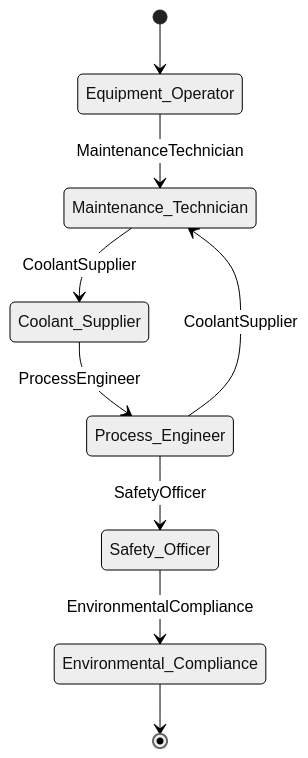
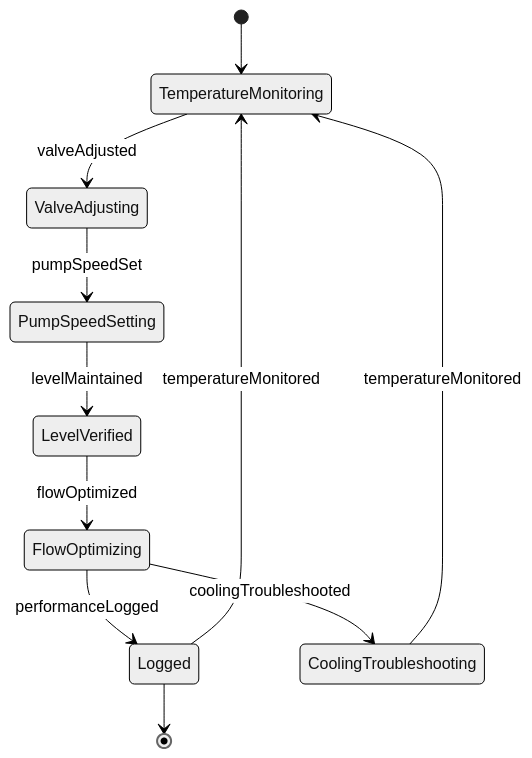
Before and after one commit to dot-org-ai/tasks.org.ai: the second of 4 diagrams in HandlingAndMovingObjects/AdjustEquipmentToEnsureAdequatePerformance/AdjustEquipmentControlsRegulateCoolant.mdx, drawn with Mermaid (neutral theme). The commit also changed other lines of this file and 40 other files, not shown here.

First line of the commit message:
fix: Replace Actor-based ER and State diagrams with Entity/Event-based diagrams in 41 HandlingAndMovingObjects DWA files

````diff
--- a/HandlingAndMovingObjects/AdjustEquipmentToEnsureAdequatePerformance/AdjustEquipmentControlsRegulateCoolant.mdx
+++ b/HandlingAndMovingObjects/AdjustEquipmentToEnsureAdequatePerformance/AdjustEquipmentControlsRegulateCoolant.mdx
@@ -103,11 +101,13 @@
 ```mermaid
 stateDiagram-v2
-    [*] --> Equipment_Operator
-    Equipment_Operator --> Maintenance_Technician: MaintenanceTechnician
-    Maintenance_Technician --> Coolant_Supplier: CoolantSupplier
-    Coolant_Supplier --> Process_Engineer: ProcessEngineer
-    Process_Engineer --> Safety_Officer: SafetyOfficer
-    Safety_Officer --> Environmental_Compliance: EnvironmentalCompliance
-    Process_Engineer --> Maintenance_Technician: CoolantSupplier
-    Environmental_Compliance --> [*]
+    [*] --> TemperatureMonitoring
+    TemperatureMonitoring --> ValveAdjusting : valveAdjusted
+    ValveAdjusting --> PumpSpeedSetting : pumpSpeedSet
+    PumpSpeedSetting --> LevelVerified : levelMaintained
+    LevelVerified --> FlowOptimizing : flowOptimized
+    FlowOptimizing --> Logged : performanceLogged
+    FlowOptimizing --> CoolingTroubleshooting : coolingTroubleshooted
+    CoolingTroubleshooting --> TemperatureMonitoring : temperatureMonitored
+    Logged --> TemperatureMonitoring : temperatureMonitored
+    Logged --> [*]
 ```
````
